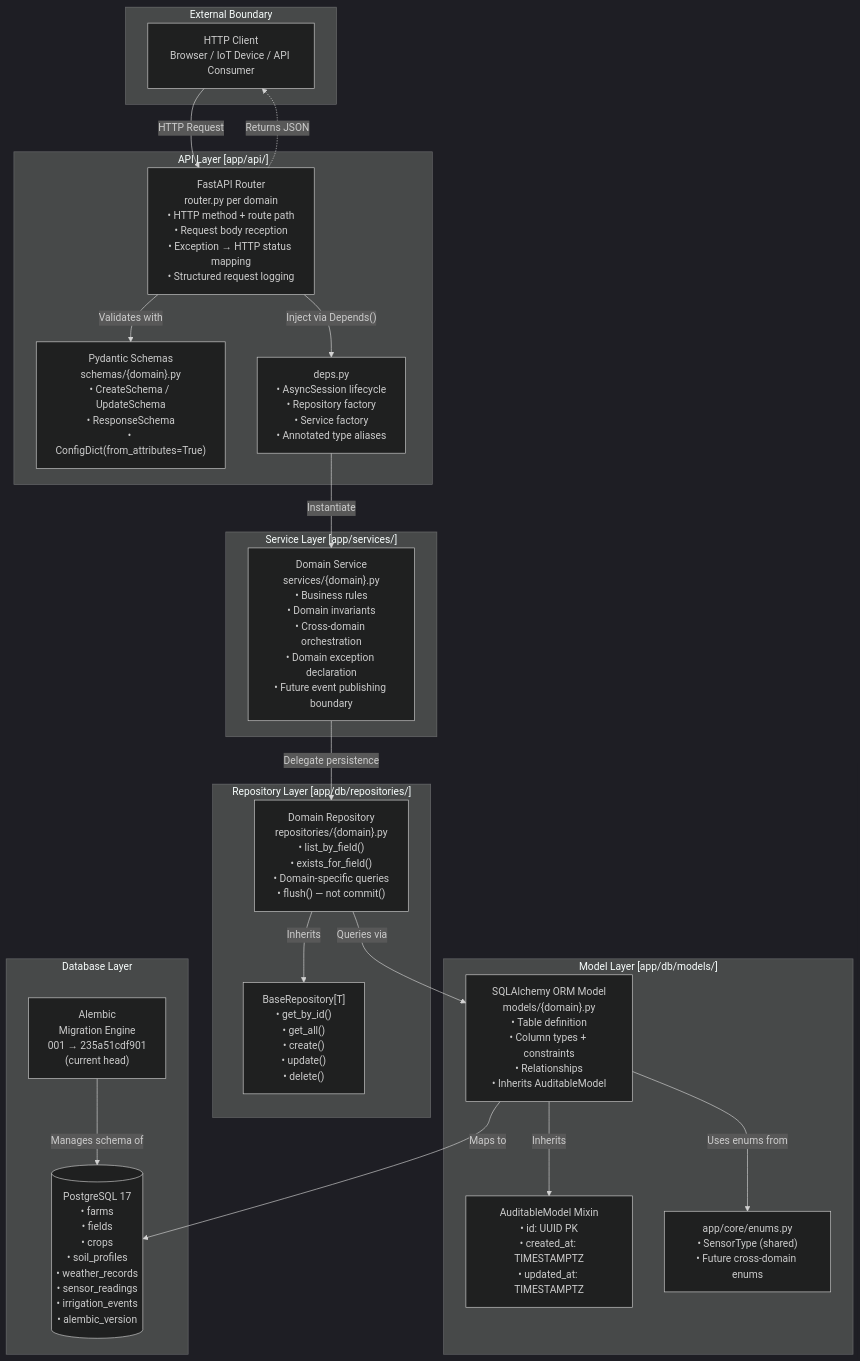
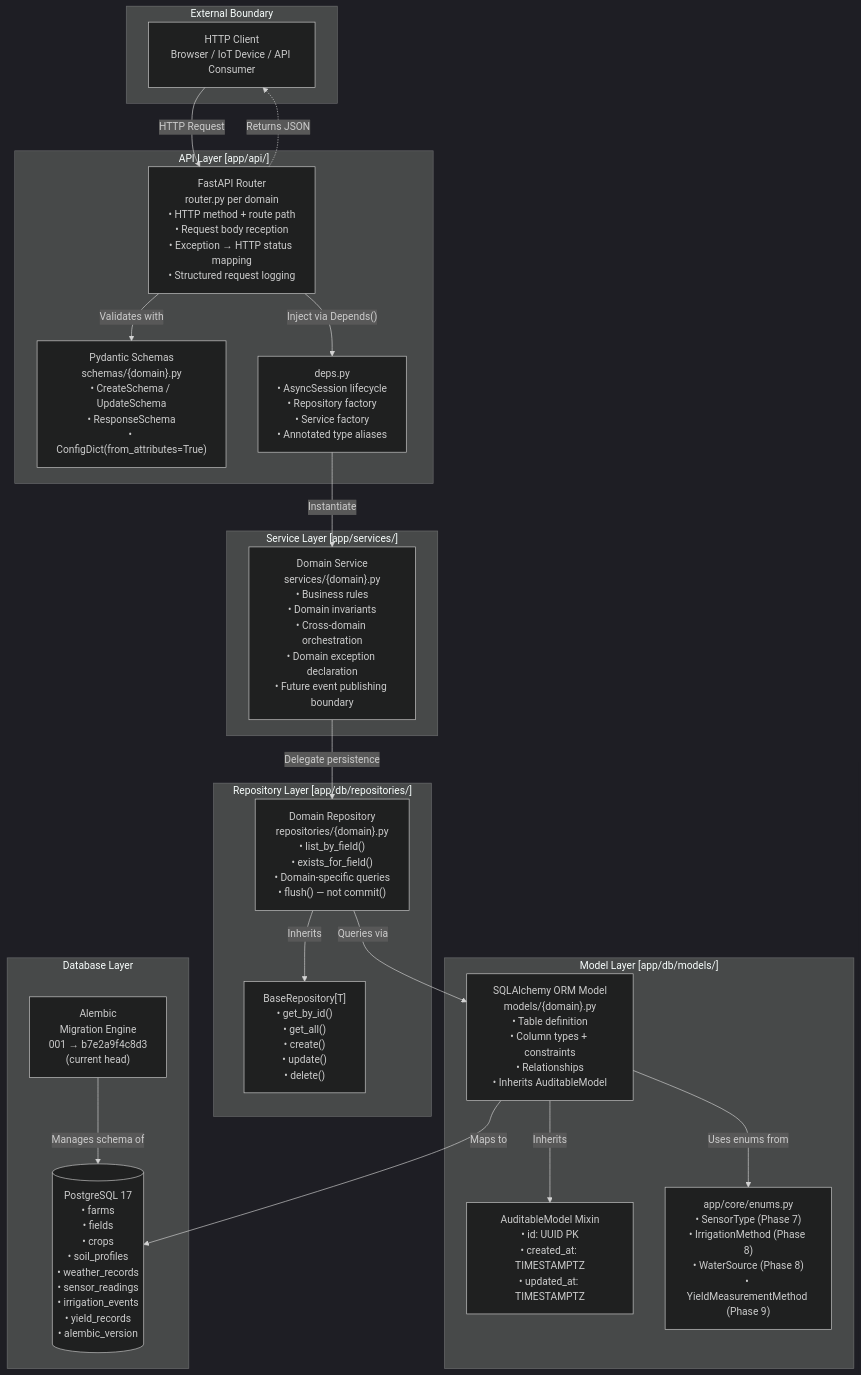
Before and after one commit to santoshnarayanan/AGRIFLOW-AI: the third of 18 diagrams in docs/09-architecture-diagrams.md, drawn with Mermaid (dark theme). The commit also changed other lines of this file and 7 other files, not shown here.

````diff
--- a/docs/09-architecture-diagrams.md
+++ b/docs/09-architecture-diagrams.md
@@ -153,45 +158,45 @@
 ```mermaid
 graph TB
     subgraph "External Boundary"
         Client["HTTP Client\nBrowser / IoT Device / API Consumer"]
     end
 
     subgraph "API Layer  [app/api/]"
         Router["FastAPI Router\nrouter.py per domain\n• HTTP method + route path\n• Request body reception\n• Exception → HTTP status mapping\n• Structured request logging"]
         Schema["Pydantic Schemas\nschemas/{domain}.py\n• CreateSchema / UpdateSchema\n• ResponseSchema\n• ConfigDict(from_attributes=True)"]
         Deps["deps.py\n• AsyncSession lifecycle\n• Repository factory\n• Service factory\n• Annotated type aliases"]
     end
 
     subgraph "Service Layer  [app/services/]"
         Service["Domain Service\nservices/{domain}.py\n• Business rules\n• Domain invariants\n• Cross-domain orchestration\n• Domain exception declaration\n• Future event publishing boundary"]
     end
 
     subgraph "Repository Layer  [app/db/repositories/]"
         BaseRepo["BaseRepository[T]\n• get_by_id()\n• get_all()\n• create()\n• update()\n• delete()"]
         ConcreteRepo["Domain Repository\nrepositories/{domain}.py\n• list_by_field()\n• exists_for_field()\n• Domain-specific queries\n• flush() — not commit()"]
     end
 
     subgraph "Model Layer  [app/db/models/]"
         ORM["SQLAlchemy ORM Model\nmodels/{domain}.py\n• Table definition\n• Column types + constraints\n• Relationships\n• Inherits AuditableModel"]
         AuditMixin["AuditableModel Mixin\n• id: UUID PK\n• created_at: TIMESTAMPTZ\n• updated_at: TIMESTAMPTZ"]
-        CoreEnums["app/core/enums.py\n• SensorType (shared)\n• Future cross-domain enums"]
+        CoreEnums["app/core/enums.py\n• SensorType (Phase 7)\n• IrrigationMethod (Phase 8)\n• WaterSource (Phase 8)\n• YieldMeasurementMethod (Phase 9)"]
     end
 
     subgraph "Database Layer"
-        PG[("PostgreSQL 17\n• farms\n• fields\n• crops\n• soil_profiles\n• weather_records\n• sensor_readings\n• irrigation_events\n• alembic_version")]
-        Alembic["Alembic\nMigration Engine\n001 → 235a51cdf901\n(current head)"]
+        PG[("PostgreSQL 17\n• farms\n• fields\n• crops\n• soil_profiles\n• weather_records\n• sensor_readings\n• irrigation_events\n• yield_records\n• alembic_version")]
+        Alembic["Alembic\nMigration Engine\n001 → b7e2a9f4c8d3\n(current head)"]
     end
 
     Client -->|"HTTP Request"| Router
     Router -->|"Inject via Depends()"| Deps
     Deps -->|"Instantiate"| Service
     Service -->|"Delegate persistence"| ConcreteRepo
     ConcreteRepo -->|"Inherits"| BaseRepo
     ConcreteRepo -->|"Queries via"| ORM
     ORM -->|"Inherits"| AuditMixin
     ORM -->|"Uses enums from"| CoreEnums
     ORM -->|"Maps to"| PG
     Alembic -->|"Manages schema of"| PG
     Router -->|"Validates with"| Schema
     Router -.->|"Returns JSON"| Client
 ```
````
